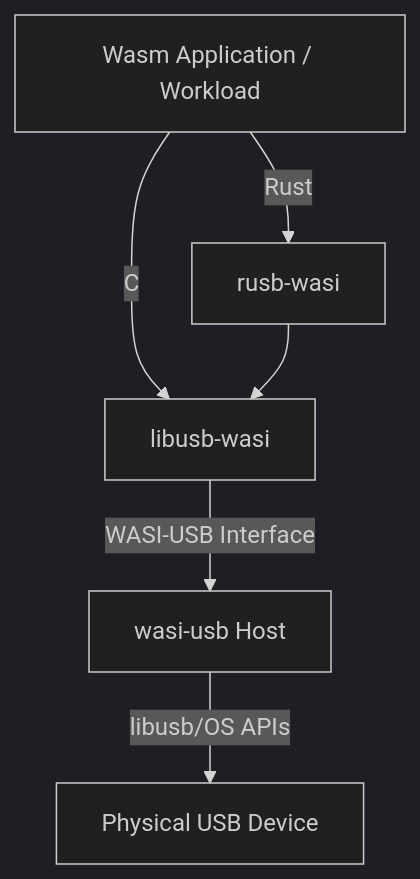
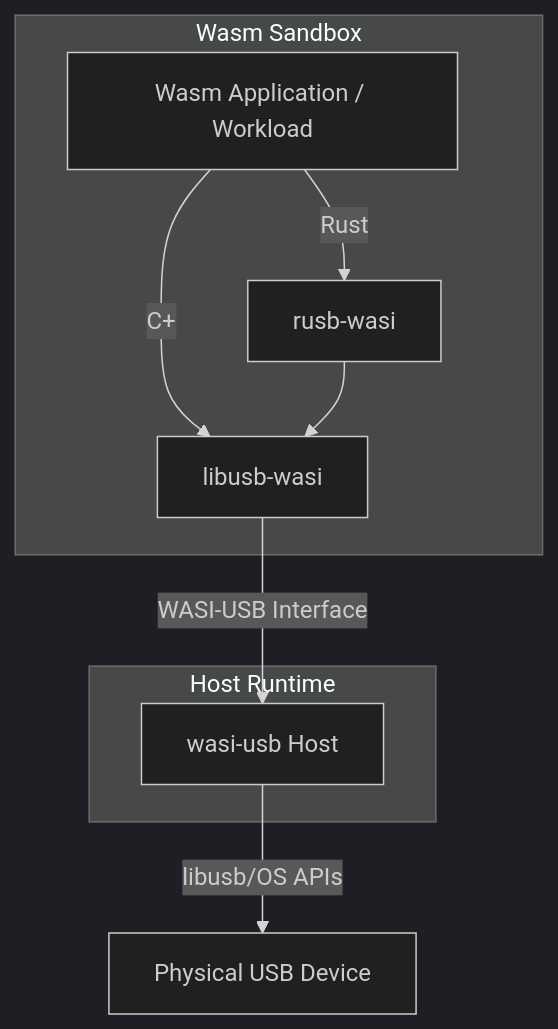
One commit to idlab-discover/masters-sibren-wieme changed the diagram in README.md. Above: the diagram before and after it, drawn with Mermaid (dark theme). The commit also changed other lines of this file and 6 other files, not shown here.

````diff
--- a/README.md
+++ b/README.md
@@ -40,9 +23,19 @@
 ```mermaid
 graph TD
     App[Wasm Application / Workload]
     App -->|Rust| Rusb[rusb-wasi]
-    App -->|C| Libusb[libusb-wasi]
+    App -->|C+| Libusb[libusb-wasi]
     Rusb --> Libusb
     Libusb -->|WASI-USB Interface| Host[wasi-usb Host]
     Host -->|libusb/OS APIs| HW[Physical USB Device]
+    
+    subgraph "Wasm Sandbox"
+    App
+    Rusb
+    Libusb
+    end
+    
+    subgraph "Host Runtime"
+    Host
+    end
 ```
````
